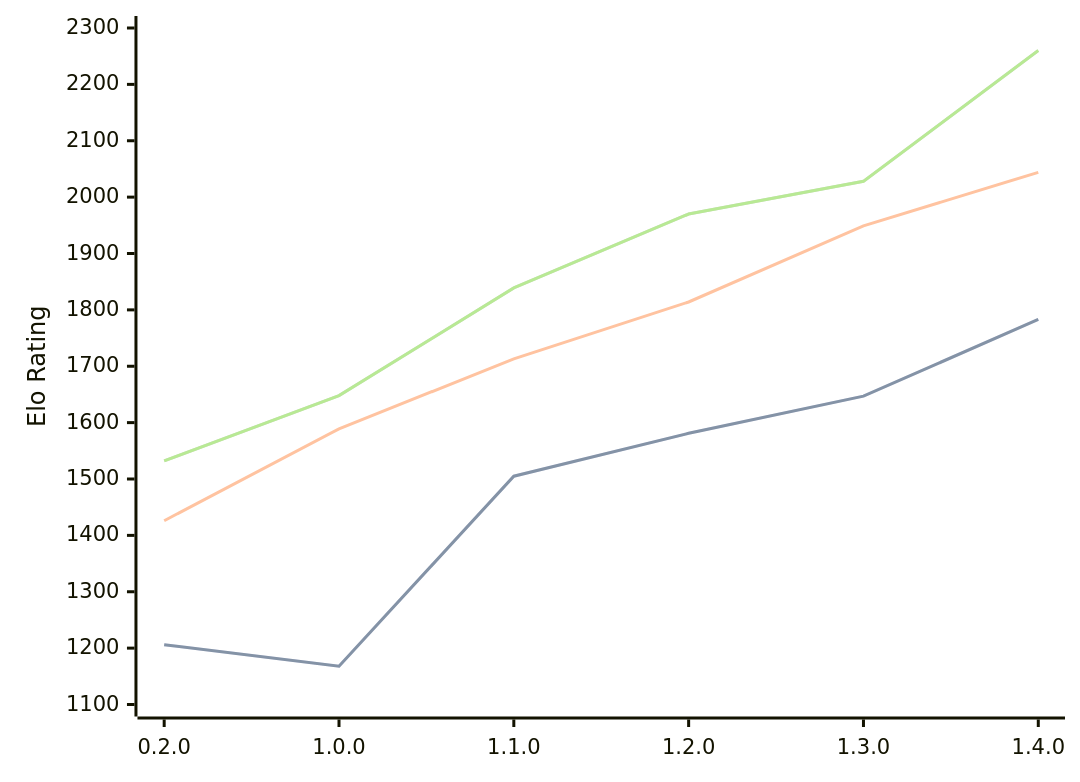
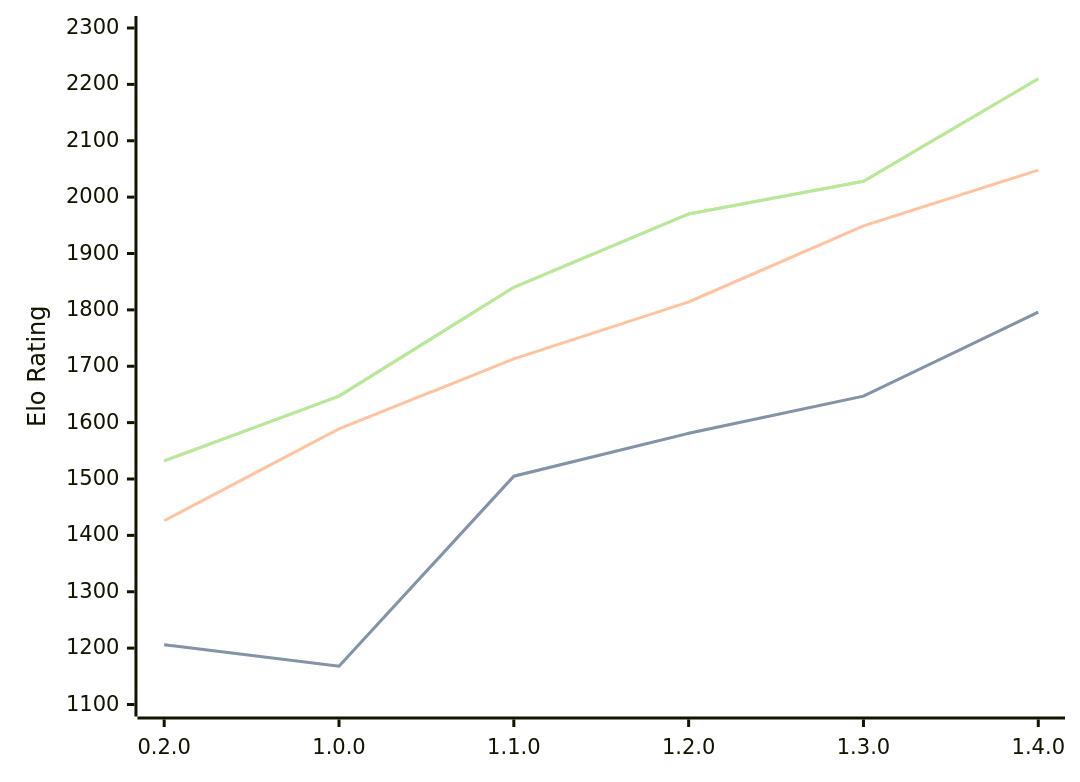
The diagram in engines/Zeppelin.md (computer-chess-index/cci), drawn with Mermaid before and after one commit. The commit also changed other lines of this file, not shown here.

Commit message:
Update CCI Ratings (ELO VLTC) - 2026-03-15

````diff
--- a/engines/Zeppelin.md
+++ b/engines/Zeppelin.md
@@ -36,11 +36,11 @@
 ```mermaid
 %%{init: {"theme":"base","themeVariables":{"seriesColors:['#a3a3a3','#222221','#faa371']}}}%%
 xychart-beta
   x-axis ["0.2.0", "1.0.0", "1.1.0", "1.2.0", "1.3.0", "1.4.0"]
   y-axis "Elo Rating" 1100 --> 2300
-  line "STC (8.0+0.08s)" [1206, 1168, 1505, 1581, 1647, 1783]
-  line "STC (8.0+0.08s)" [1206, 1168, 1505, 1581, 1647, 1783]
-  line "LTC (60.0+0.60s)" [1426, 1589, 1713, 1814, 1949, 2044]
-  line "VLTC (2m24s+1.12s)" [1532, 1648, 1839, 1970, 2028, 2260]
-  line "VLTC (2m24s+1.12s)" [1532, 1648, 1839, 1970, 2028, 2260]
+  line "STC (8.0+0.08s)" [1206, 1168, 1505, 1581, 1647, 1796]
+  line "STC (8.0+0.08s)" [1206, 1168, 1505, 1581, 1647, 1796]
+  line "LTC (60.0+0.60s)" [1426, 1589, 1713, 1814, 1949, 2048]
+  line "VLTC (2m24s+1.12s)" [1532, 1647, 1840, 1970, 2028, 2210]
+  line "VLTC (2m24s+1.12s)" [1532, 1647, 1840, 1970, 2028, 2210]
 ```
````
